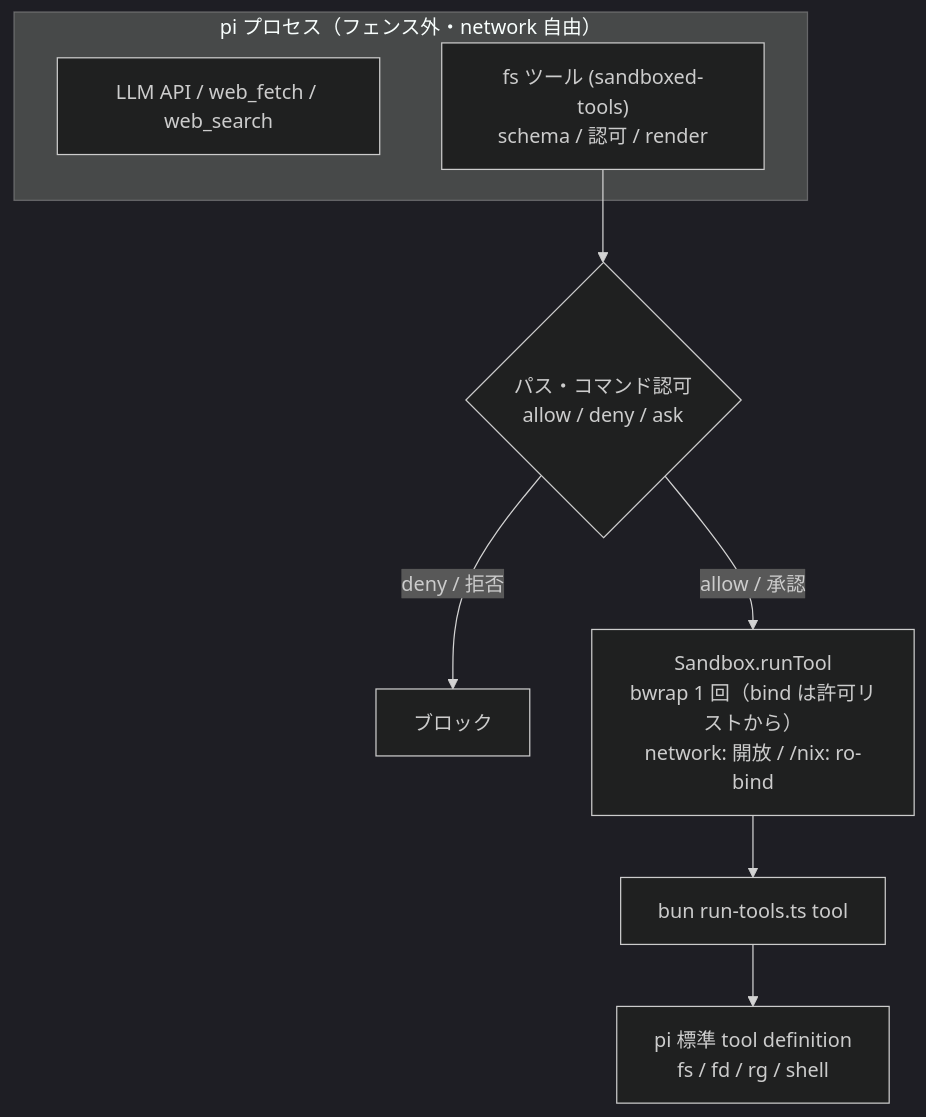
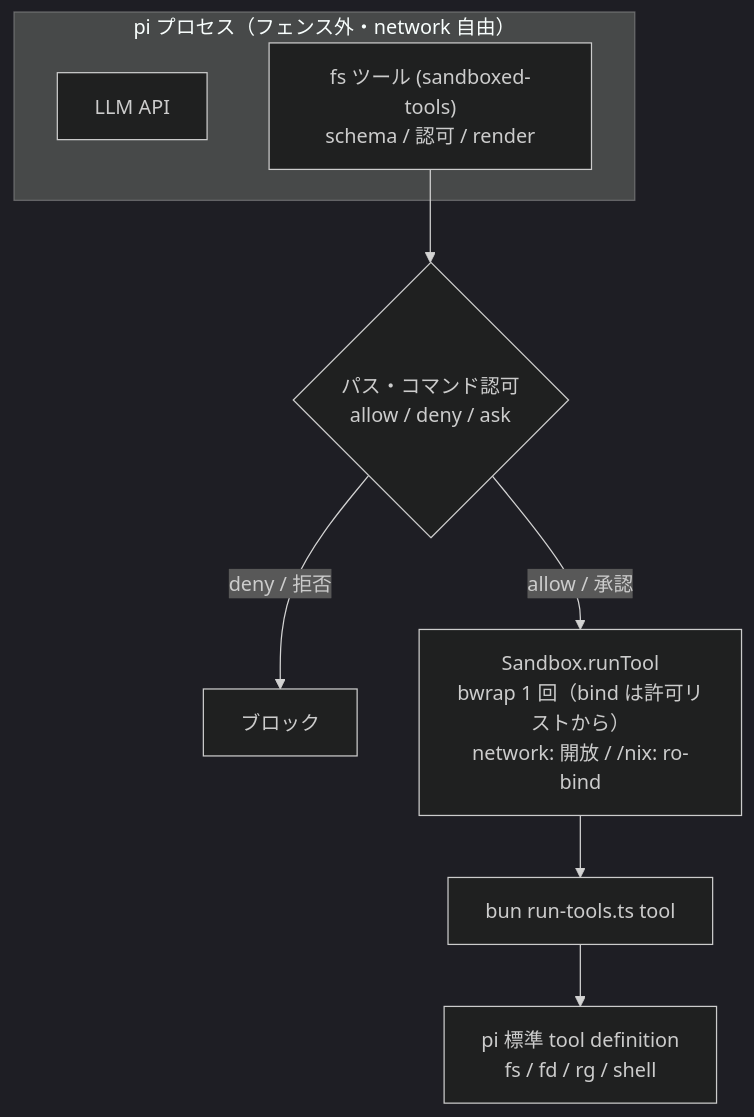
One commit to CatBraaain/dotfiles changed the diagram in dotfiles/.pi/agent/extensions.exact/sandboxed-tools/ADR.md. Above: the diagram before and after it, drawn with Mermaid (dark theme). The commit also changed other lines of this file and 5 other files, not shown here.

````diff
--- a/dotfiles/.pi/agent/extensions.exact/sandboxed-tools/ADR.md
+++ b/dotfiles/.pi/agent/extensions.exact/sandboxed-tools/ADR.md
@@ -77,12 +75,12 @@
 ```mermaid
 flowchart TD
     subgraph PI["pi プロセス（フェンス外・network 自由）"]
-        API["LLM API / web_fetch / web_search"]
+        API["LLM API"]
         TOOLS["fs ツール (sandboxed-tools)<br/>schema / 認可 / render"]
     end
     TOOLS --> AUTH{"パス・コマンド認可<br/>allow / deny / ask"}
     AUTH -- "deny / 拒否" --> BLOCK["ブロック"]
     AUTH -- "allow / 承認" --> RUNTOOL["Sandbox.runTool<br/>bwrap 1 回（bind は許可リストから）<br/>network: 開放 / /nix: ro-bind"]
     RUNTOOL --> CLI["bun run-tools.ts tool"]
     CLI --> DEF["pi 標準 tool definition<br/>fs / fd / rg / shell"]
 ```
````
